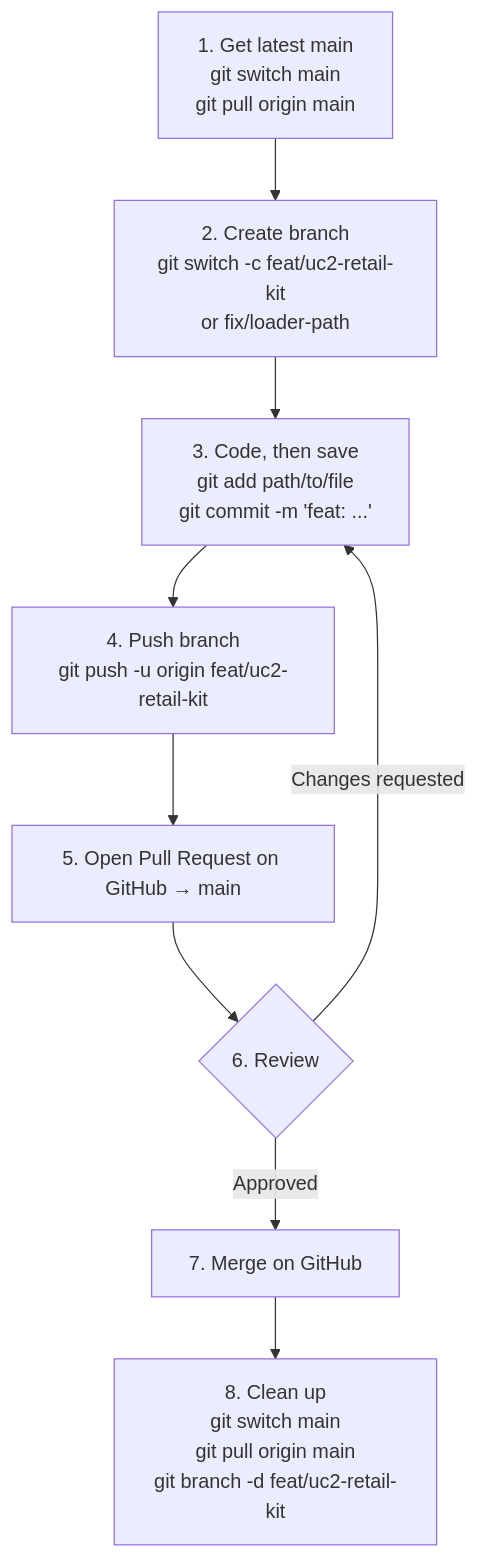
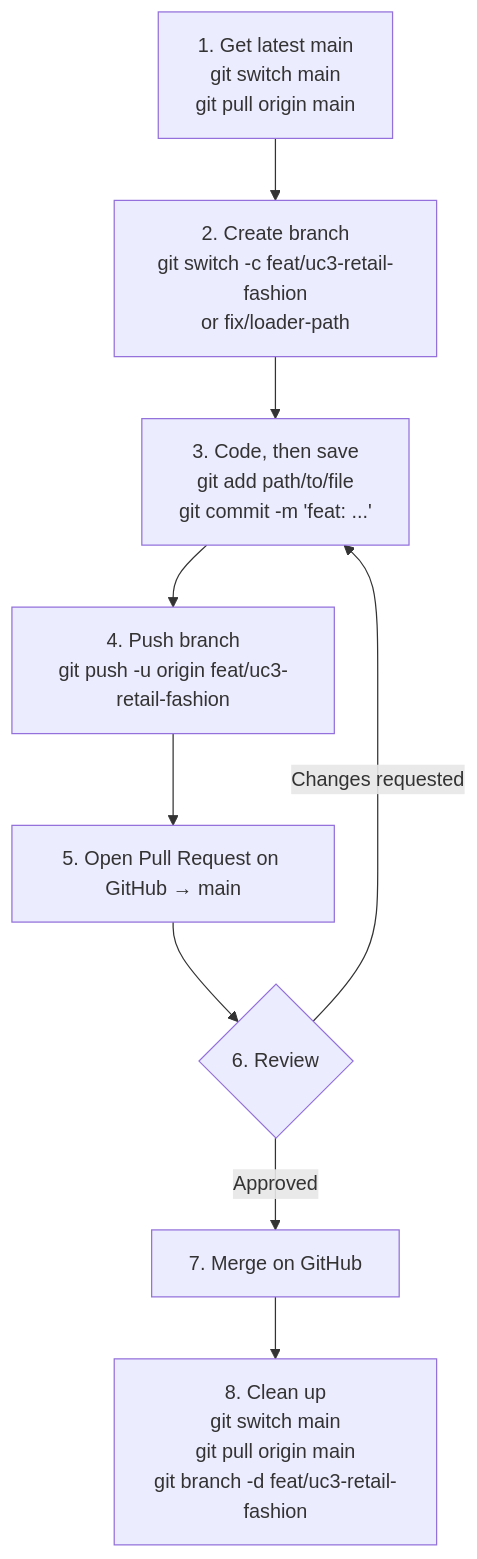
The diagram in git-how-to.md (tamngm/demokit-megaverse), drawn with Mermaid before and after one commit. The commit also changed other lines of this file and 172 other files, not shown here.

````diff
--- a/git-how-to.md
+++ b/git-how-to.md
@@ -7,11 +7,11 @@
 ```mermaid
 flowchart TD
-    A["1. Get latest main<br/>git switch main<br/>git pull origin main"] --> B["2. Create branch<br/>git switch -c feat/uc2-retail-kit<br/>or fix/loader-path"]
+    A["1. Get latest main<br/>git switch main<br/>git pull origin main"] --> B["2. Create branch<br/>git switch -c feat/uc3-retail-fashion<br/>or fix/loader-path"]
     B --> C["3. Code, then save<br/>git add path/to/file<br/>git commit -m 'feat: ...'"]
-    C --> D["4. Push branch<br/>git push -u origin feat/uc2-retail-kit"]
+    C --> D["4. Push branch<br/>git push -u origin feat/uc3-retail-fashion"]
     D --> E["5. Open Pull Request on GitHub → main"]
     E --> F{"6. Review"}
     F -->|Changes requested| C
     F -->|Approved| G["7. Merge on GitHub"]
-    G --> H["8. Clean up<br/>git switch main<br/>git pull origin main<br/>git branch -d feat/uc2-retail-kit"]
+    G --> H["8. Clean up<br/>git switch main<br/>git pull origin main<br/>git branch -d feat/uc3-retail-fashion"]
 ```
````
